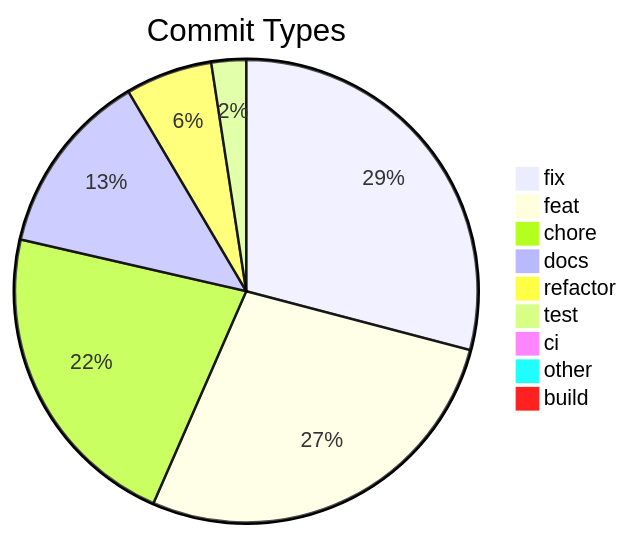
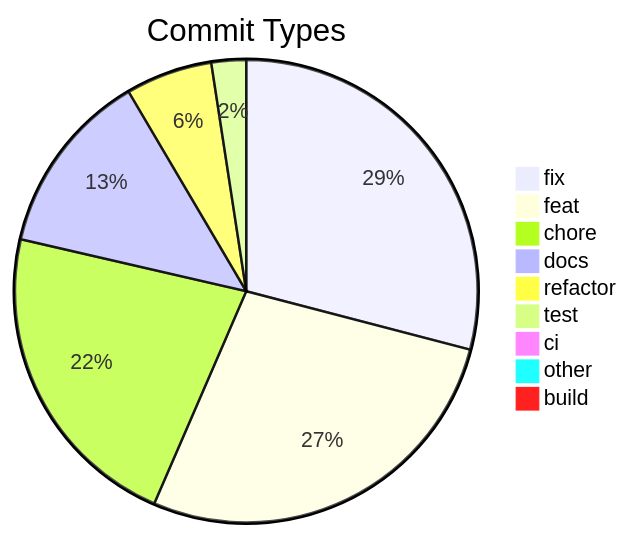
One commit to svenroth-ai/shipwright changed the diagram in .shipwright/compliance/change-history.md. Above: the diagram before and after it, drawn with Mermaid. The commit also changed other lines of this file and 14 other files, not shown here.

````diff
--- a/.shipwright/compliance/change-history.md
+++ b/.shipwright/compliance/change-history.md
@@ -8,12 +8,12 @@
 ```mermaid
 pie title Commit Types
     "fix" : 288
     "feat" : 272
-    "chore" : 218
+    "chore" : 219
     "docs" : 128
     "refactor" : 60
     "test" : 24
     "ci" : 7
     "other" : 7
     "build" : 1
 ```
````
